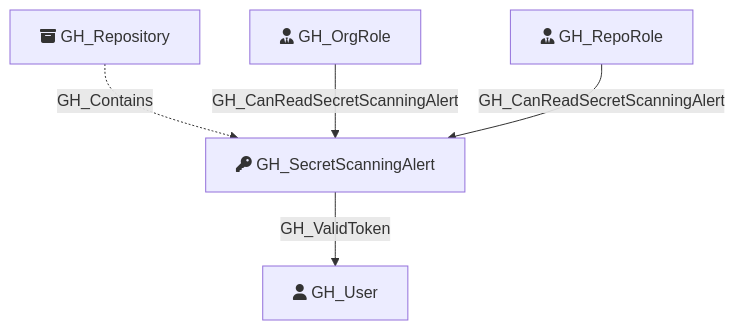
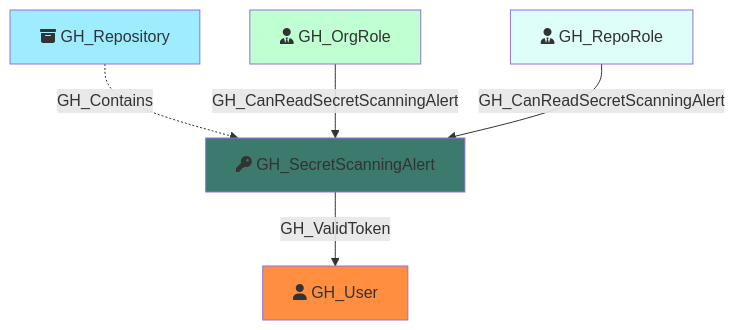
One commit to SpecterOps/bloodhound-docs changed the diagram in docs/opengraph/extensions/githound/reference/nodes/gh_secretscanningalert.mdx. Above: the diagram before and after it, drawn with Mermaid. The commit also changed other lines of this file and 52 other files, not shown here.

````diff
--- a/docs/opengraph/extensions/githound/reference/nodes/gh_secretscanningalert.mdx
+++ b/docs/opengraph/extensions/githound/reference/nodes/gh_secretscanningalert.mdx
@@ -52,14 +67,19 @@
 ```mermaid
 flowchart TD
     GH_Repository[fa:fa-box-archive GH_Repository]
     GH_SecretScanningAlert[fa:fa-key GH_SecretScanningAlert]
     GH_User[fa:fa-user GH_User]
     GH_OrgRole[fa:fa-user-tie GH_OrgRole]
     GH_RepoRole[fa:fa-user-tie GH_RepoRole]
 
+    style GH_Repository fill:#9EECFF
+    style GH_SecretScanningAlert fill:#3C7A6E
+    style GH_User fill:#FF8E40
+    style GH_OrgRole fill:#BFFFD1
+    style GH_RepoRole fill:#DEFEFA
 
     GH_Repository -.->|GH_Contains| GH_SecretScanningAlert
     GH_SecretScanningAlert -->|GH_ValidToken| GH_User
     GH_OrgRole -->|GH_CanReadSecretScanningAlert| GH_SecretScanningAlert
     GH_RepoRole -->|GH_CanReadSecretScanningAlert| GH_SecretScanningAlert
 ```
````
